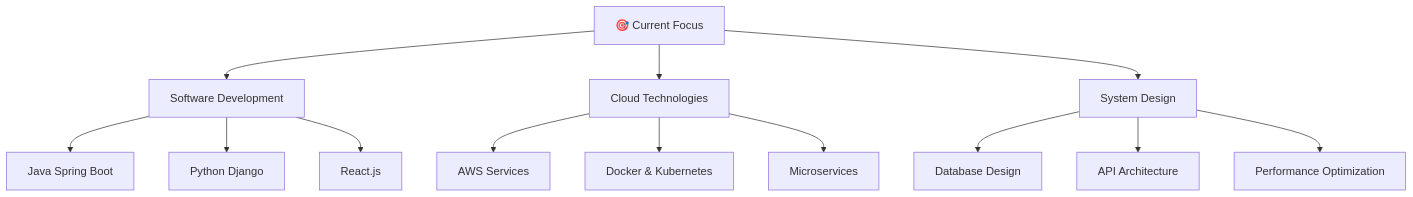
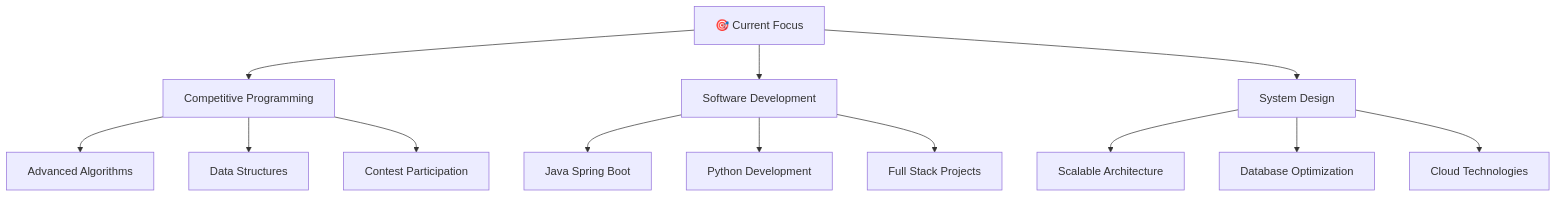
Before and after one commit to saurabhhhcodes/saurabhhhcodes: the diagram in README.md, drawn with Mermaid. The commit also changed other lines of this file, not shown here.

````diff
--- a/README.md
+++ b/README.md
@@ -99,18 +122,18 @@
 ```mermaid
 graph TD
-    A[🎯 Current Focus] --> B[Software Development]
-    A --> C[Cloud Technologies]
+    A[🎯 Current Focus] --> B[Competitive Programming]
+    A --> C[Software Development]
     A --> D[System Design]
-    
-    B --> E[Java Spring Boot]
-    B --> F[Python Django]
-    B --> G[React.js]
-    
-    C --> H[AWS Services]
-    C --> I[Docker & Kubernetes]
-    C --> J[Microservices]
-    
-    D --> K[Database Design]
-    D --> L[API Architecture]
-    D --> M[Performance Optimization]
+
+    B --> E[Advanced Algorithms]
+    B --> F[Data Structures]
+    B --> G[Contest Participation]
+
+    C --> H[Java Spring Boot]
+    C --> I[Python Development]
+    C --> J[Full Stack Projects]
+
+    D --> K[Scalable Architecture]
+    D --> L[Database Optimization]
+    D --> M[Cloud Technologies]
 ```
````
